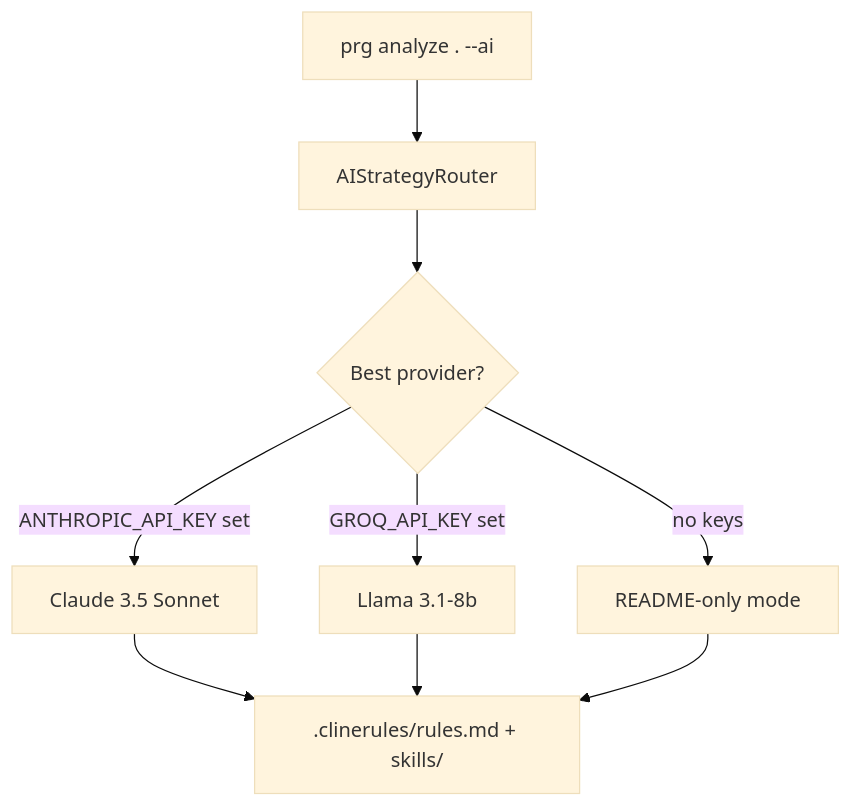
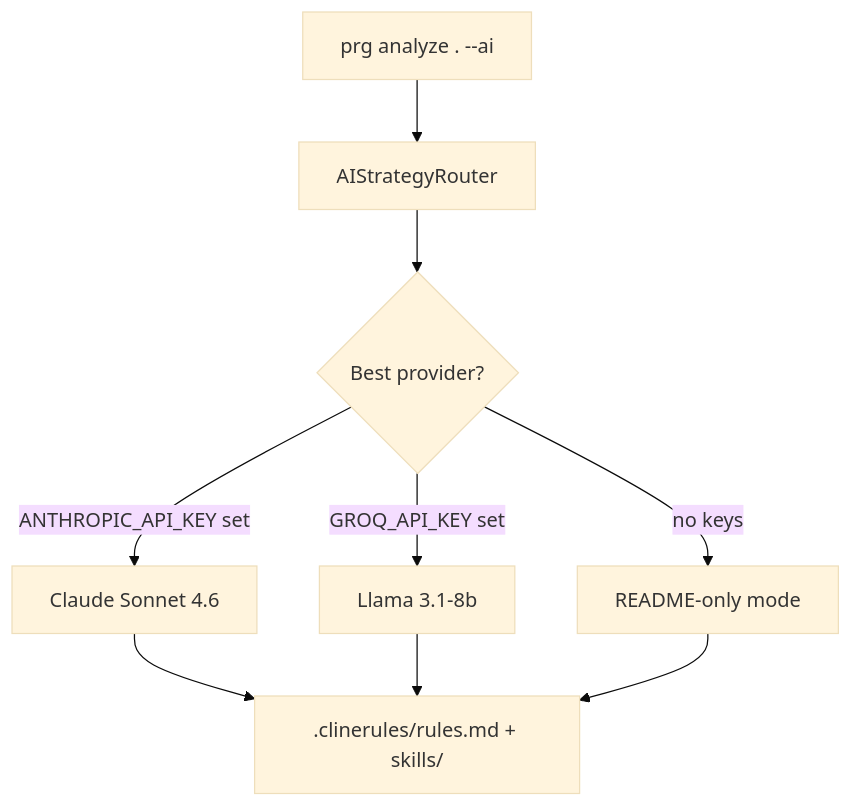
Before and after one commit to Amitro123/project-rules-generator: the diagram in README.md, drawn with Mermaid (base theme). The commit also changed other lines of this file and 1 other file, not shown here.

````diff
--- a/README.md
+++ b/README.md
@@ -175,11 +180,11 @@
 ```mermaid
 graph TB
     A[prg analyze . --ai] --> B[AIStrategyRouter]
     B --> C{Best provider?}
-    C -->|ANTHROPIC_API_KEY set| D[Claude 3.5 Sonnet]
+    C -->|ANTHROPIC_API_KEY set| D[Claude Sonnet 4.6]
     C -->|GROQ_API_KEY set| E[Llama 3.1-8b]
     C -->|no keys| F[README-only mode]
     D --> G[.clinerules/rules.md + skills/]
     E --> G
     F --> G
 ```
````
